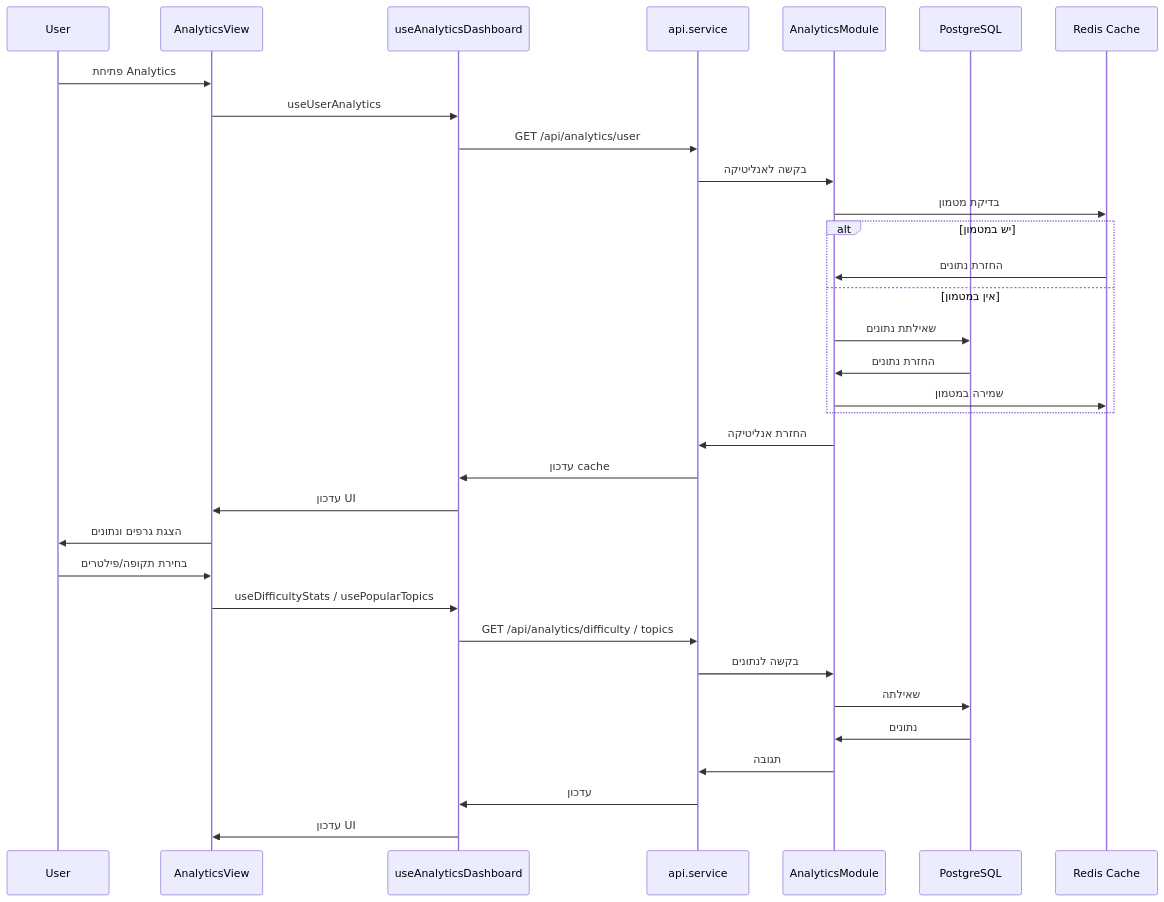
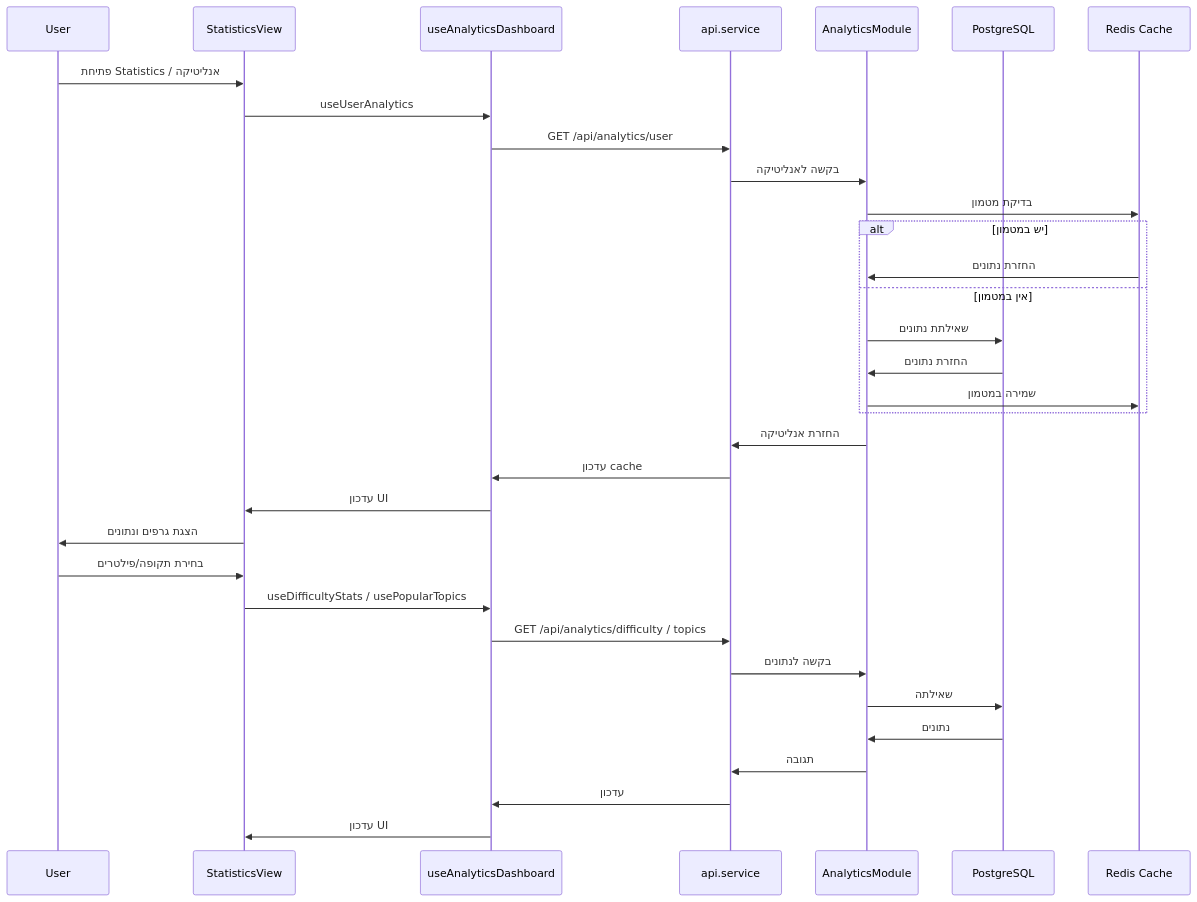
Diagram 26 of 31 in docs/DIAGRAMS.md (IsraelRub/EveryTriv), drawn with Mermaid before and after one commit. The commit also changed other lines of this file and 148 other files, not shown here.

First line of the commit message:
feat: email-gated profile, game text gate, session/multiplayer flows, Newman sync

````diff
--- a/docs/DIAGRAMS.md
+++ b/docs/DIAGRAMS.md
@@ -1546,36 +1540,36 @@
 ```mermaid
 sequenceDiagram
     participant U as User
-    participant AV as AnalyticsView
+    participant AV as StatisticsView
     participant ADH as useAnalyticsDashboard
     participant AS as api.service
     participant AM as AnalyticsModule
     participant DB as PostgreSQL
     participant C as Redis Cache
 
-    U->>AV: פתיחת Analytics
+    U->>AV: פתיחת Statistics / אנליטיקה
     AV->>ADH: useUserAnalytics
     ADH->>AS: GET /api/analytics/user
     AS->>AM: בקשה לאנליטיקה
     AM->>C: בדיקת מטמון
     alt יש במטמון
         C->>AM: החזרת נתונים
     else אין במטמון
         AM->>DB: שאילתת נתונים
         DB->>AM: החזרת נתונים
         AM->>C: שמירה במטמון
     end
     AM->>AS: החזרת אנליטיקה
     AS->>ADH: עדכון cache
     ADH->>AV: עדכון UI
     AV->>U: הצגת גרפים ונתונים
     U->>AV: בחירת תקופה/פילטרים
     AV->>ADH: useDifficultyStats / usePopularTopics
     ADH->>AS: GET /api/analytics/difficulty / topics
     AS->>AM: בקשה לנתונים
     AM->>DB: שאילתה
     DB->>AM: נתונים
     AM->>AS: תגובה
     AS->>ADH: עדכון
     ADH->>AV: עדכון UI
 ```
````
